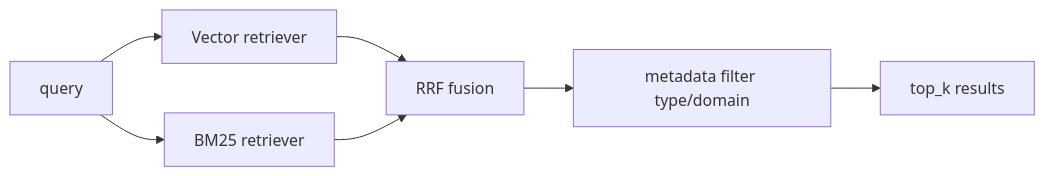
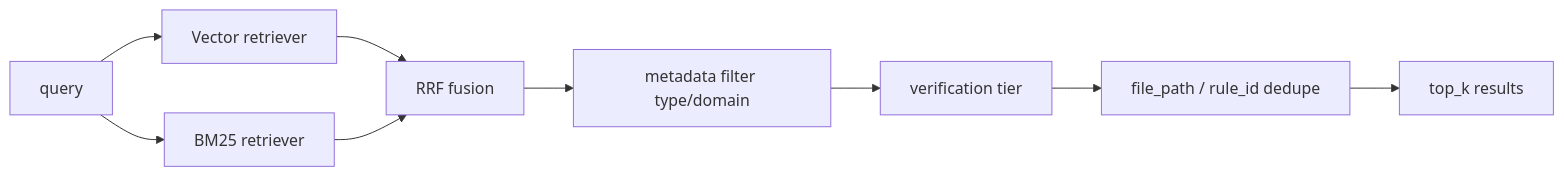
One commit to DJ-Huang/LeafLoom changed the second of 2 diagrams in docs/ARCHITECTURE.md. Above: the diagram before and after it, drawn with Mermaid. The commit also changed other lines of this file and 7 other files, not shown here.

````diff
--- a/docs/ARCHITECTURE.md
+++ b/docs/ARCHITECTURE.md
@@ -117,9 +117,11 @@
 ```mermaid
 flowchart LR
   Q[query] --> V[Vector retriever]
   Q --> B[BM25 retriever]
   V --> R[RRF fusion]
   B --> R
   R --> F[metadata filter type/domain]
-  F --> O[top_k results]
+  F --> T[verification tier]
+  T --> D[file_path / rule_id dedupe]
+  D --> O[top_k results]
 ```
````
